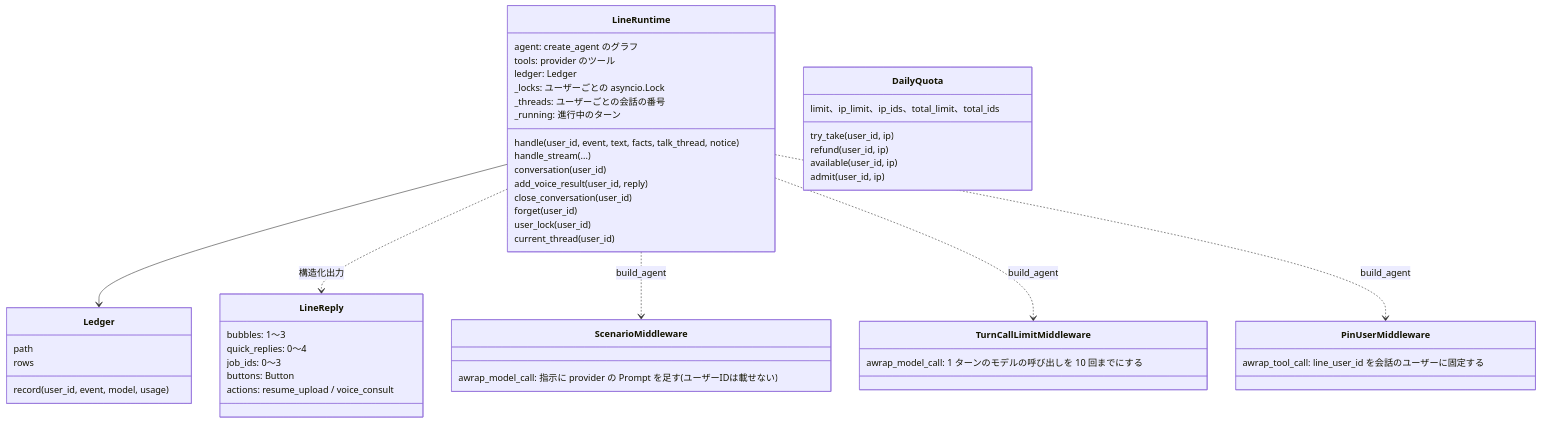
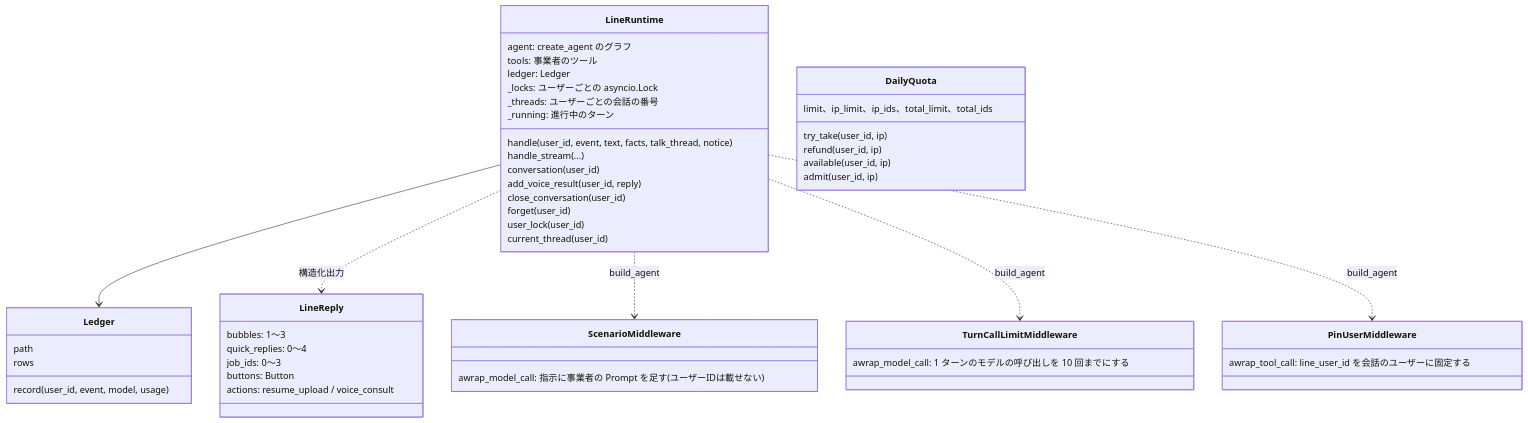
Before and after one commit to jyoka/aica: the second of 12 diagrams in docs/architecture/lld.md, drawn with Mermaid. The commit also changed other lines of this file and 389 other files, not shown here.

````diff
--- a/docs/architecture/lld.md
+++ b/docs/architecture/lld.md
@@ -137,52 +137,52 @@
 ```mermaid
 classDiagram
     class LineRuntime {
         agent: create_agent のグラフ
-        tools: provider のツール
+        tools: 事業者のツール
         ledger: Ledger
         _locks: ユーザーごとの asyncio.Lock
         _threads: ユーザーごとの会話の番号
         _running: 進行中のターン
         handle(user_id, event, text, facts, talk_thread, notice)
         handle_stream(...)
         conversation(user_id)
         add_voice_result(user_id, reply)
         close_conversation(user_id)
         forget(user_id)
         user_lock(user_id)
         current_thread(user_id)
     }
     class LineReply {
         bubbles: 1〜3
         quick_replies: 0〜4
         job_ids: 0〜3
         buttons: Button
         actions: resume_upload / voice_consult
     }
     class Ledger {
         path
         rows
         record(user_id, event, model, usage)
     }
     class DailyQuota {
         limit、ip_limit、ip_ids、total_limit、total_ids
         try_take(user_id, ip)
         refund(user_id, ip)
         available(user_id, ip)
         admit(user_id, ip)
     }
     class ScenarioMiddleware {
-        awrap_model_call: 指示に provider の Prompt を足す(ユーザーIDは載せない)
+        awrap_model_call: 指示に事業者の Prompt を足す(ユーザーIDは載せない)
     }
     class TurnCallLimitMiddleware {
         awrap_model_call: 1 ターンのモデルの呼び出しを 10 回までにする
     }
     class PinUserMiddleware {
         awrap_tool_call: line_user_id を会話のユーザーに固定する
     }
     LineRuntime --> Ledger
     LineRuntime ..> LineReply : 構造化出力
     LineRuntime ..> ScenarioMiddleware : build_agent
     LineRuntime ..> TurnCallLimitMiddleware : build_agent
     LineRuntime ..> PinUserMiddleware : build_agent
 ```
````
